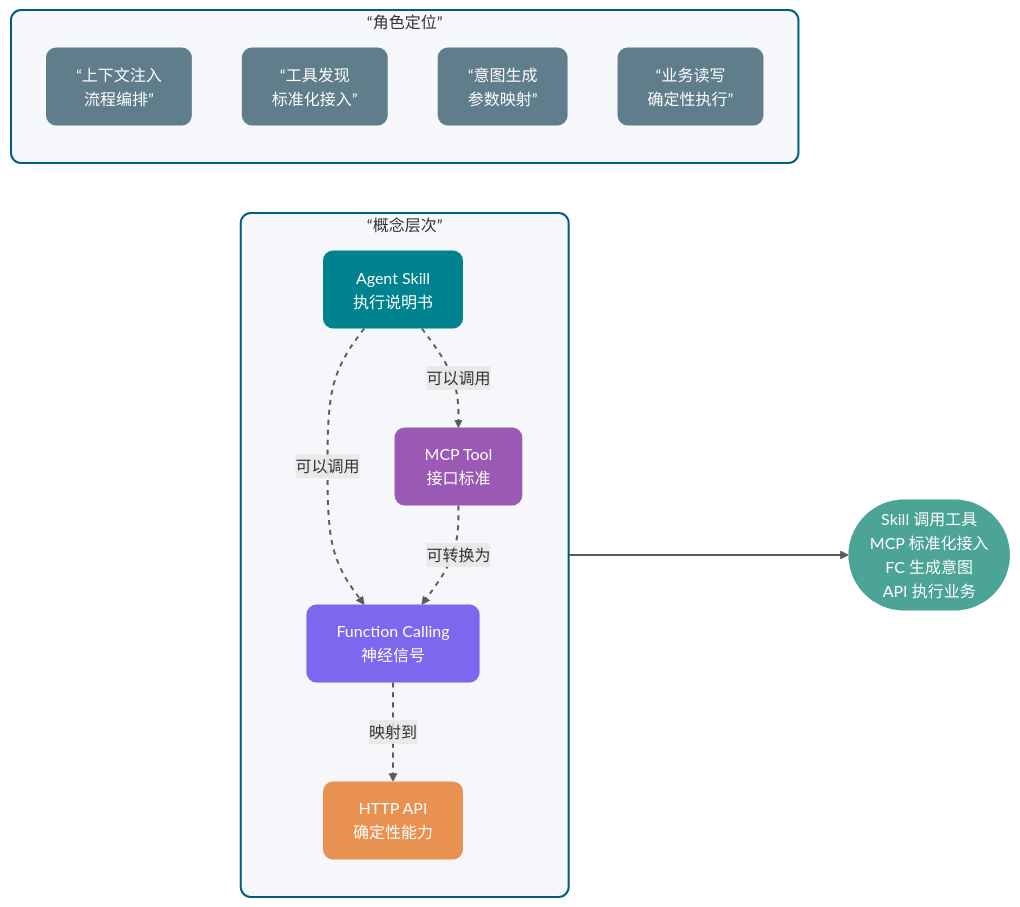
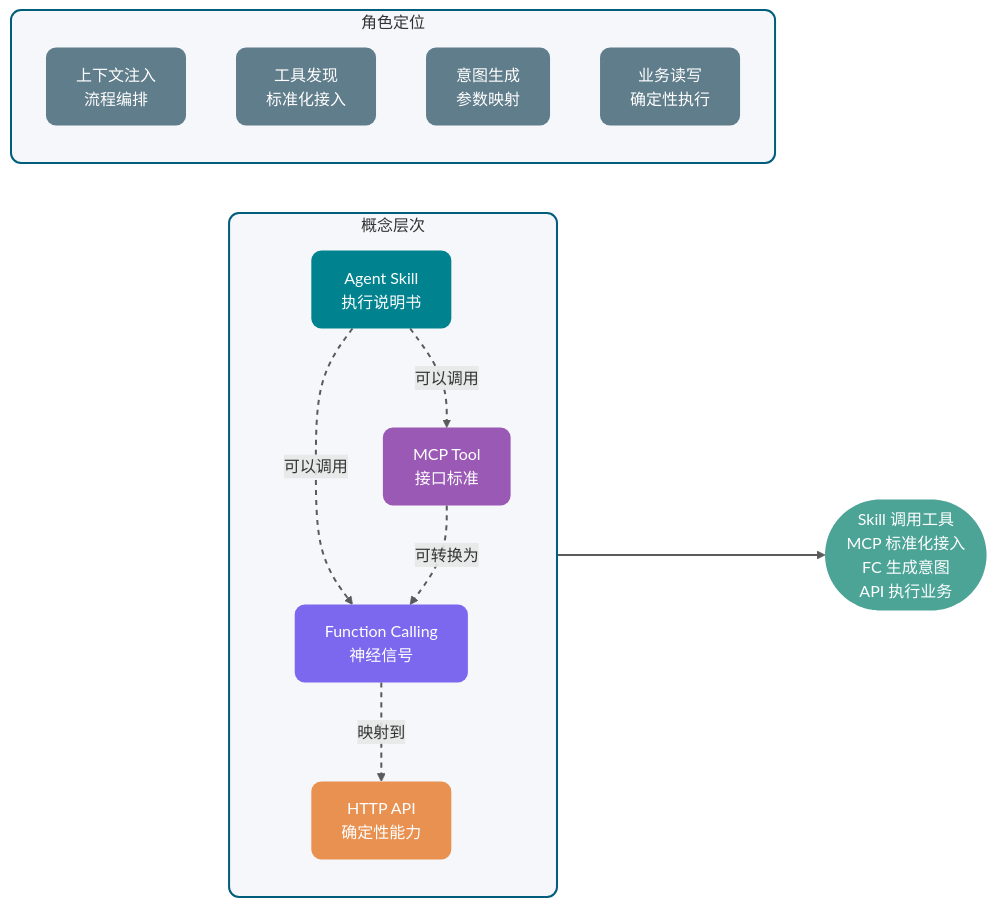
One commit to tuanpm2026/java-guide changed the second of 4 diagrams in docs/ai/llm-basis/structured-output-function-calling.md. Above: the diagram before and after it, drawn with Mermaid. The commit also changed other lines of this file and 30 other files, not shown here.

````diff
--- a/docs/ai/llm-basis/structured-output-function-calling.md
+++ b/docs/ai/llm-basis/structured-output-function-calling.md
@@ -416,45 +416,45 @@
 ```mermaid
 flowchart LR
     %% ========== 配色声明 ==========
     classDef signal fill:#7B68EE,color:#FFFFFF,stroke:none,rx:10,ry:10
     classDef protocol fill:#9B59B6,color:#FFFFFF,stroke:none,rx:10,ry:10
     classDef api fill:#E99151,color:#FFFFFF,stroke:none,rx:10,ry:10
     classDef skill fill:#00838F,color:#FFFFFF,stroke:none,rx:10,ry:10
     classDef meta fill:#4CA497,color:#FFFFFF,stroke:none,rx:10,ry:10
     classDef note fill:#607D8B,color:#FFFFFF,stroke:none,rx:10,ry:10
 
     %% ========== 层次结构（从上到下：Skill -> MCP -> Function Calling -> HTTP API）==========
-    subgraph hierarchy[“概念层次”]
+    subgraph hierarchy["概念层次"]
         direction TB
         Skill[Agent Skill<br/>执行说明书]:::skill
         MCP[MCP Tool<br/>接口标准]:::protocol
         FC[Function Calling<br/>神经信号]:::signal
         HTTP[HTTP API<br/>确定性能力]:::api
     end
 
     %% ========== 元标签（每层右侧标注角色）==========
-    subgraph meta[“角色定位”]
+    subgraph meta["角色定位"]
         direction TB
-        M1[“上下文注入<br/>流程编排”]:::note
-        M2[“工具发现<br/>标准化接入”]:::note
-        M3[“意图生成<br/>参数映射”]:::note
-        M4[“业务读写<br/>确定性执行”]:::note
+        M1["上下文注入<br/>流程编排"]:::note
+        M2["工具发现<br/>标准化接入"]:::note
+        M3["意图生成<br/>参数映射"]:::note
+        M4["业务读写<br/>确定性执行"]:::note
     end
 
     %% ========== 连接关系 ==========
     Skill -.->|可以调用| MCP
     Skill -.->|可以调用| FC
     MCP -.->|可转换为| FC
     FC -.->|映射到| HTTP
 
     %% ========== 底部总结 ==========
     Summary([Skill 调用工具<br/>MCP 标准化接入<br/>FC 生成意图<br/>API 执行业务]):::meta
 
     hierarchy --> Summary
 
     %% ========== 样式 ==========
     linkStyle default stroke-width:2px,stroke:#333333,opacity:0.8
     linkStyle 0,1,2,3 stroke-dasharray:5 5,opacity:0.8
     style hierarchy fill:#F5F7FA,color:#333333,stroke:#005D7B,stroke-width:2px,rx:10,ry:10
     style meta fill:#F5F7FA,color:#333333,stroke:#005D7B,stroke-width:2px,rx:10,ry:10
 ```
````
